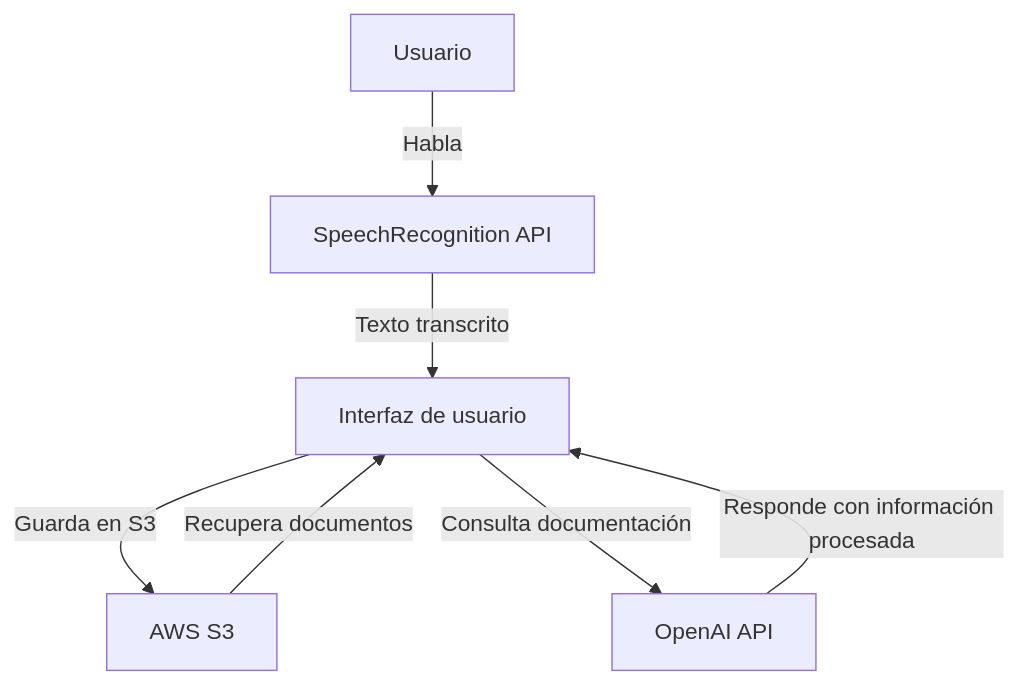
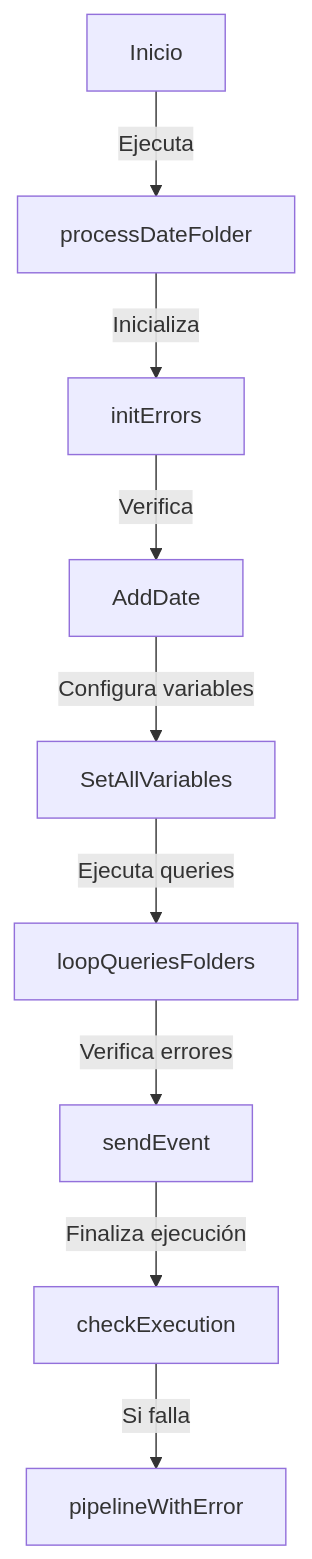
The diagram in README.md (Stevenmch/docs), drawn with Mermaid before and after one commit. The commit also changed other lines of this file, not shown here.

````diff
--- a/README.md
+++ b/README.md
@@ -66,9 +6,11 @@
 ```mermaid
 graph TD;
-    A[Usuario] -->|Habla| B[SpeechRecognition API];
-    B -->|Texto transcrito| C[Interfaz de usuario];
-    C -->|Guarda en S3| D[AWS S3];
-    C -->|Consulta documentación| E[OpenAI API];
-    D -->|Recupera documentos| C;
-    E -->|Responde con información procesada| C;
+    A[Inicio] -->|Ejecuta| B[processDateFolder];
+    B -->|Inicializa| C[initErrors];
+    C -->|Verifica| D[AddDate];
+    D -->|Configura variables| E[SetAllVariables];
+    E -->|Ejecuta queries| F[loopQueriesFolders];
+    F -->|Verifica errores| G[sendEvent];
+    G -->|Finaliza ejecución| H[checkExecution];
+    H -->|Si falla| I[pipelineWithError];
 ```
````
